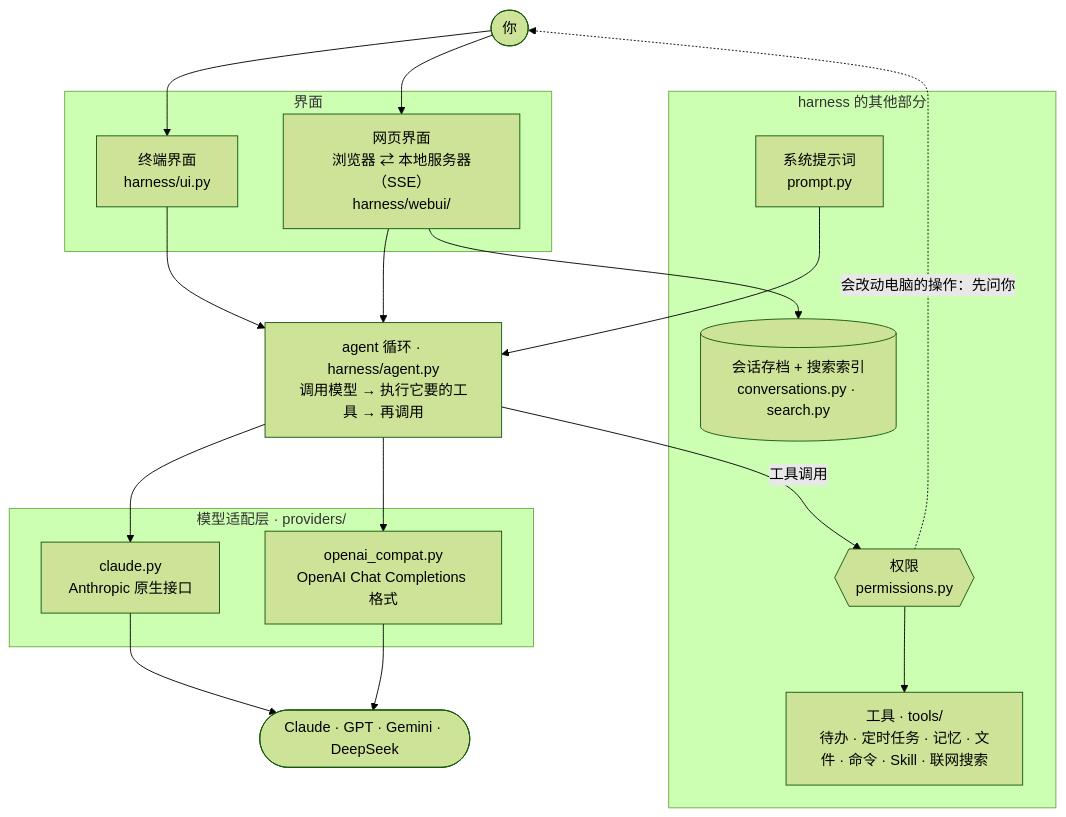
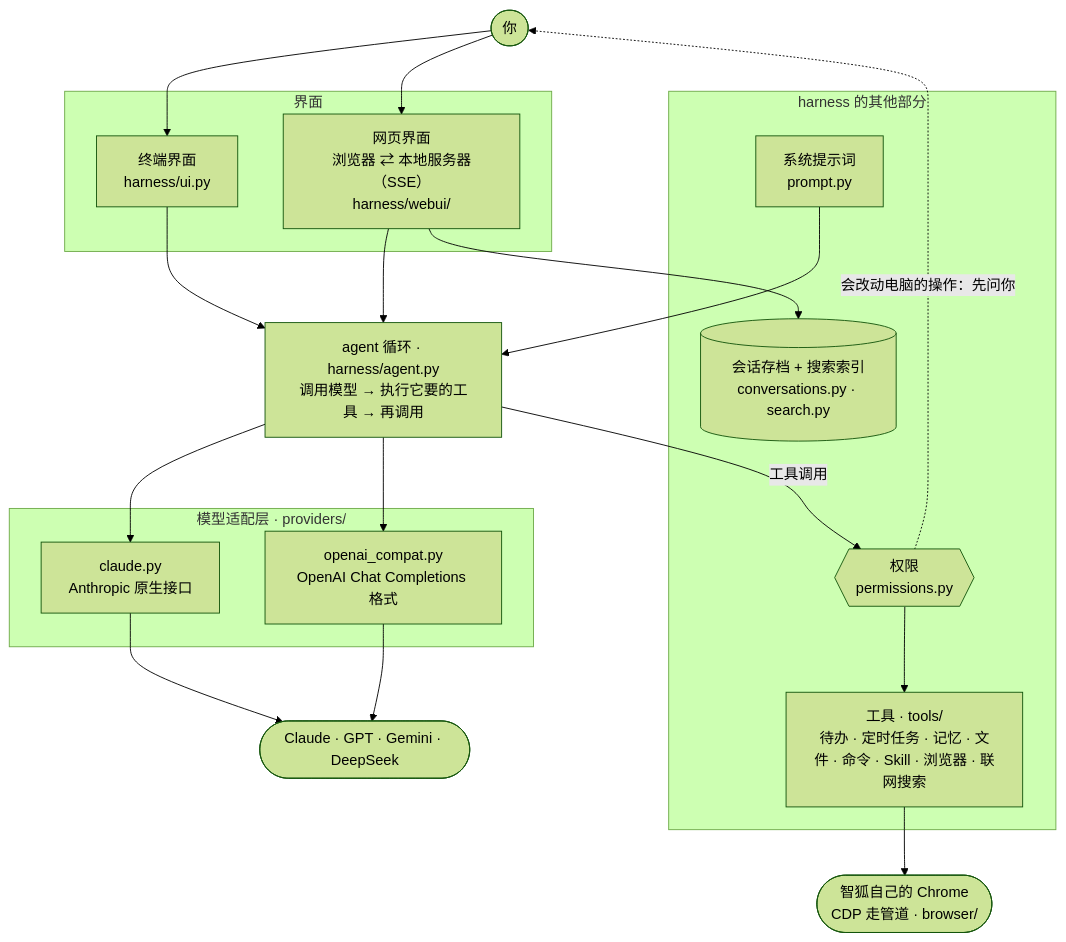
The first of 2 diagrams in README.zh-CN.md (Akxan/zhifox-agent-harness), drawn with Mermaid (forest theme) before and after one commit. The commit also changed other lines of this file and 46 other files, not shown here.

First line of the commit message:
浏览器：让助手操作一个智狐自己启动的 Chrome（browser use）

````diff
--- a/README.zh-CN.md
+++ b/README.zh-CN.md
@@ -386,39 +416,42 @@
 ```mermaid
 flowchart TB
     you(["你"])
 
     subgraph ui ["界面"]
         term["终端界面<br/>harness/ui.py"]
         web["网页界面<br/>浏览器 ⇄ 本地服务器（SSE）<br/>harness/webui/"]
     end
 
     agent["agent 循环 · harness/agent.py<br/>调用模型 → 执行它要的工具 → 再调用"]
 
     subgraph parts ["harness 的其他部分"]
         prompt["系统提示词<br/>prompt.py"]
         perms{{"权限<br/>permissions.py"}}
-        tools["工具 · tools/<br/>待办 · 定时任务 · 记忆 · 文件 · 命令 · Skill · 联网搜索"]
+        tools["工具 · tools/<br/>待办 · 定时任务 · 记忆 · 文件 · 命令 · Skill · 浏览器 · 联网搜索"]
         store[("会话存档 + 搜索索引<br/>conversations.py · search.py")]
     end
+
+    chrome(["智狐自己的 Chrome<br/>CDP 走管道 · browser/"])
 
     subgraph providers ["模型适配层 · providers/"]
         claude["claude.py<br/>Anthropic 原生接口"]
         compat["openai_compat.py<br/>OpenAI Chat Completions 格式"]
     end
 
     apis(["Claude · GPT · Gemini · DeepSeek"])
 
     you --> term
     you --> web
     term --> agent
     web --> agent
     web --> store
     prompt --> agent
     agent --> claude
     agent --> compat
     claude --> apis
     compat --> apis
     agent -->|"工具调用"| perms
     perms -.->|"会改动电脑的操作：先问你"| you
     perms --> tools
+    tools --> chrome
 ```
````
